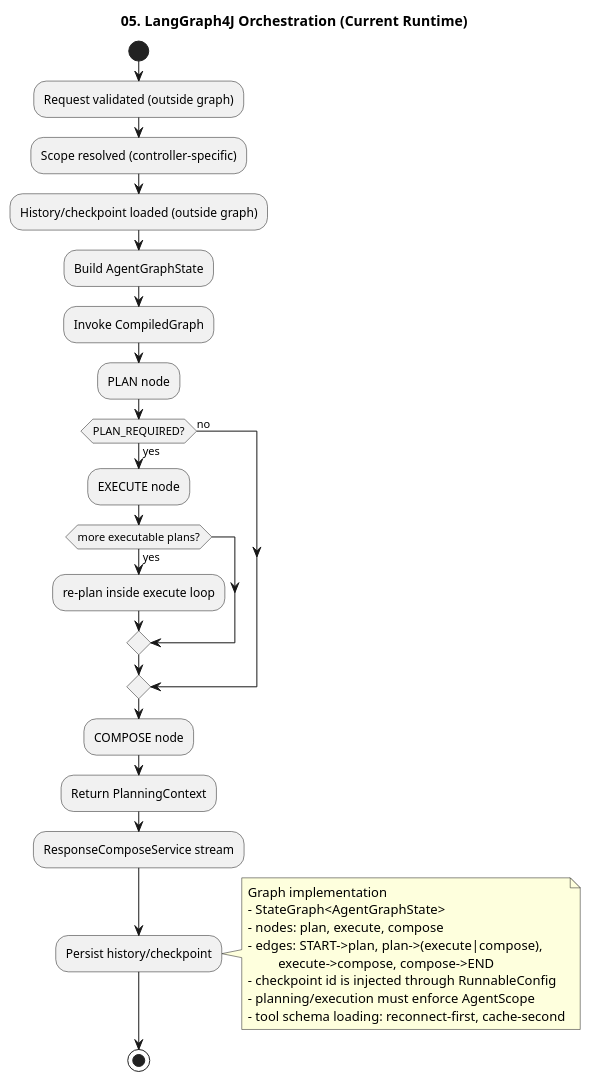
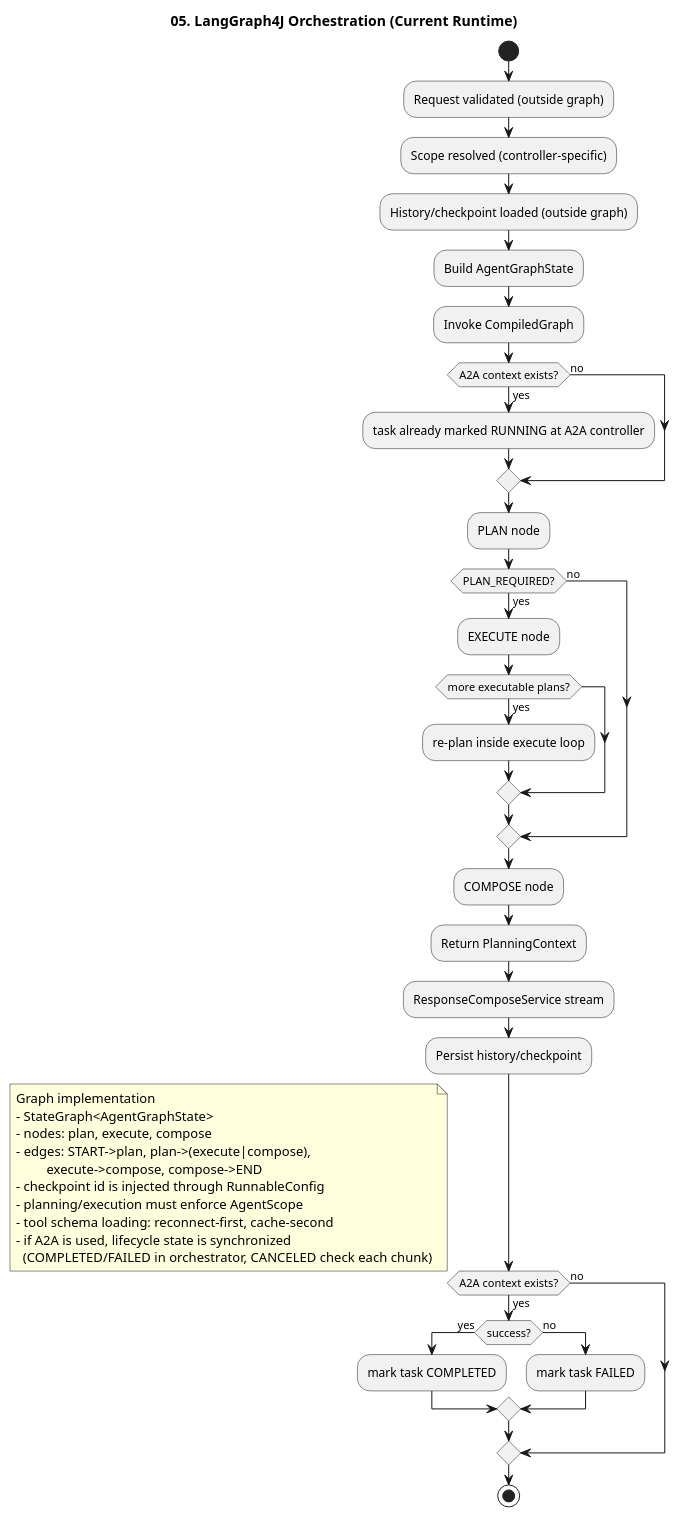
Before and after one commit to kim57uak/spring-ai: the diagram in documents/mcp-orchestrator-architecture/05-langgraph-orchestration.puml, drawn with PlantUML. The commit also changed 123 other files, not shown here.

```diff
--- a/documents/mcp-orchestrator-architecture/05-langgraph-orchestration.puml
+++ b/documents/mcp-orchestrator-architecture/05-langgraph-orchestration.puml
@@ -1,41 +1,57 @@
 @startuml
 !pragma layout smetana
 title 05. LangGraph4J Orchestration (Current Runtime)
 
 skinparam shadowing false
 
 start
 
 :Request validated (outside graph);
 :Scope resolved (controller-specific);
 :History/checkpoint loaded (outside graph);
 :Build AgentGraphState;
 :Invoke CompiledGraph;
+
+if (A2A context exists?) then (yes)
+  :task already marked RUNNING at A2A controller;
+else (no)
+endif
 
 :PLAN node;
 if (PLAN_REQUIRED?) then (yes)
   :EXECUTE node;
   if (more executable plans?) then (yes)
     :re-plan inside execute loop;
   endif
 else (no)
 endif
 
 :COMPOSE node;
 :Return PlanningContext;
 :ResponseComposeService stream;
 :Persist history/checkpoint;
 
+if (A2A context exists?) then (yes)
+  if (success?) then (yes)
+    :mark task COMPLETED;
+  else (no)
+    :mark task FAILED;
+  endif
+else (no)
+endif
+
 note right
 Graph implementation
 - StateGraph<AgentGraphState>
 - nodes: plan, execute, compose
 - edges: START->plan, plan->(execute|compose),
          execute->compose, compose->END
 - checkpoint id is injected through RunnableConfig
 - planning/execution must enforce AgentScope
 - tool schema loading: reconnect-first, cache-second
+- if A2A is used, lifecycle state is synchronized
+  (COMPLETED/FAILED in orchestrator, CANCELED check each chunk)
 end note
 
 stop
 @enduml
```
